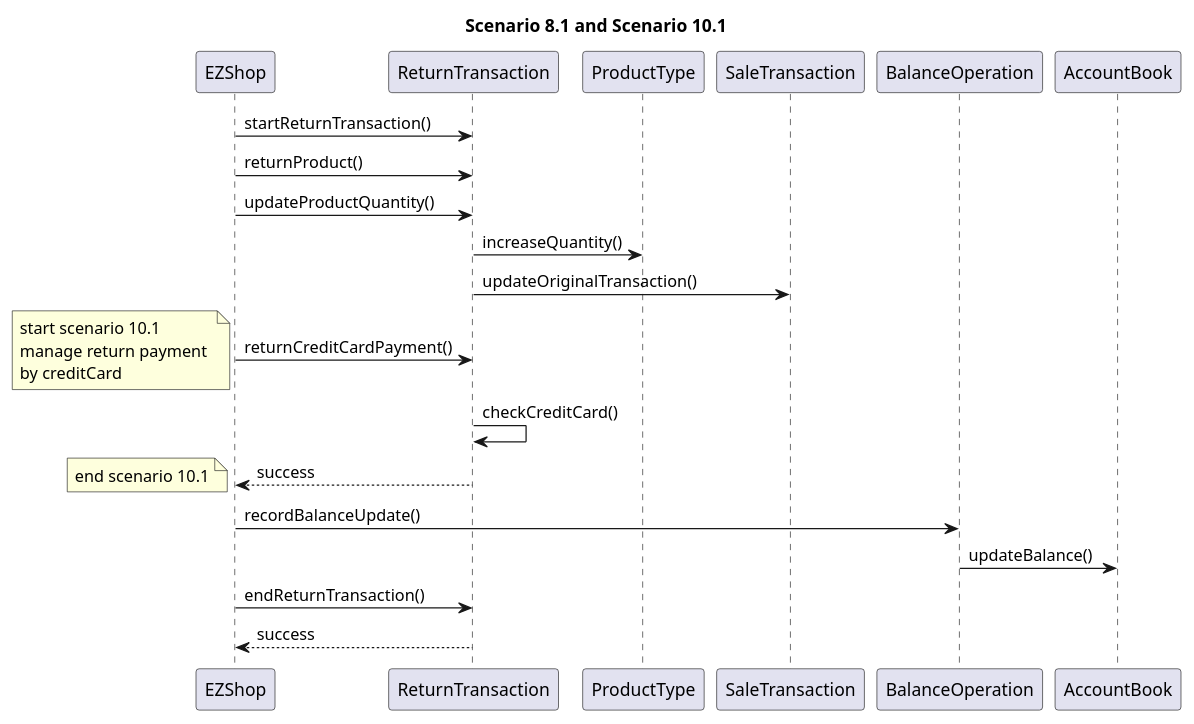
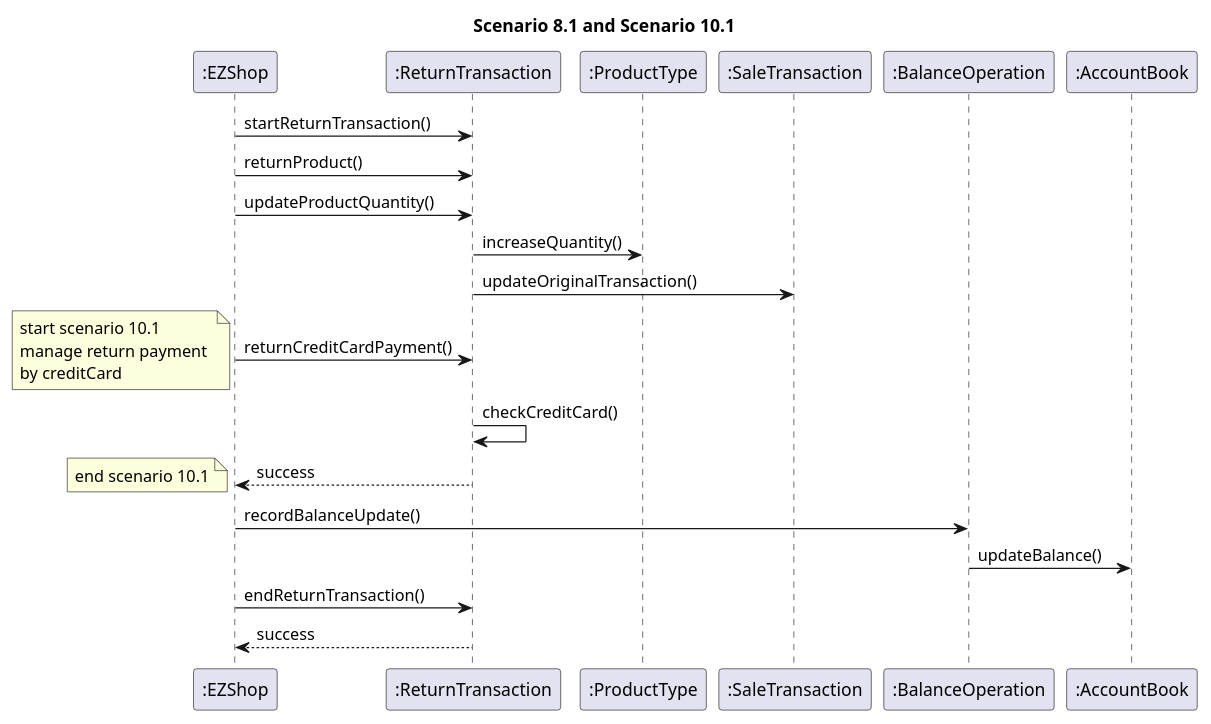
The tenth of 10 diagrams in Deliverables/DesignDocument.md (marco-ballario/EzShop), drawn with PlantUML before and after one commit. The commit also changed other lines of this file, not shown here.

````diff
--- a/Deliverables/DesignDocument.md
+++ b/Deliverables/DesignDocument.md
@@ -352,21 +352,21 @@
 ```plantuml
 Title: Scenario 8.1 and Scenario 10.1
-EZShop -> ReturnTransaction : startReturnTransaction()
-EZShop -> ReturnTransaction : returnProduct() 
-EZShop -> ReturnTransaction : updateProductQuantity()
-ReturnTransaction -> ProductType : increaseQuantity()
-ReturnTransaction -> SaleTransaction : updateOriginalTransaction()
-EZShop -> ReturnTransaction : returnCreditCardPayment()
+":EZShop" -> ":ReturnTransaction" : startReturnTransaction()
+":EZShop" -> ":ReturnTransaction" : returnProduct() 
+":EZShop" -> ":ReturnTransaction" : updateProductQuantity()
+":ReturnTransaction" -> ":ProductType" : increaseQuantity()
+":ReturnTransaction" -> ":SaleTransaction" : updateOriginalTransaction()
+":EZShop" -> ":ReturnTransaction" : returnCreditCardPayment()
 note left
 start scenario 10.1 
 manage return payment 
 by creditCard
 end note
-ReturnTransaction -> ReturnTransaction : checkCreditCard()
-ReturnTransaction --> EZShop : success
+":ReturnTransaction" -> ":ReturnTransaction" : checkCreditCard()
+":ReturnTransaction" --> ":EZShop" : success
 note left: end scenario 10.1
-EZShop -> BalanceOperation : recordBalanceUpdate()
-BalanceOperation -> AccountBook : updateBalance()
-EZShop -> ReturnTransaction : endReturnTransaction()
-ReturnTransaction --> EZShop : success
+":EZShop" -> ":BalanceOperation" : recordBalanceUpdate()
+":BalanceOperation" -> ":AccountBook" : updateBalance()
+":EZShop" -> ":ReturnTransaction" : endReturnTransaction()
+":ReturnTransaction" --> ":EZShop" : success
 ```
````
